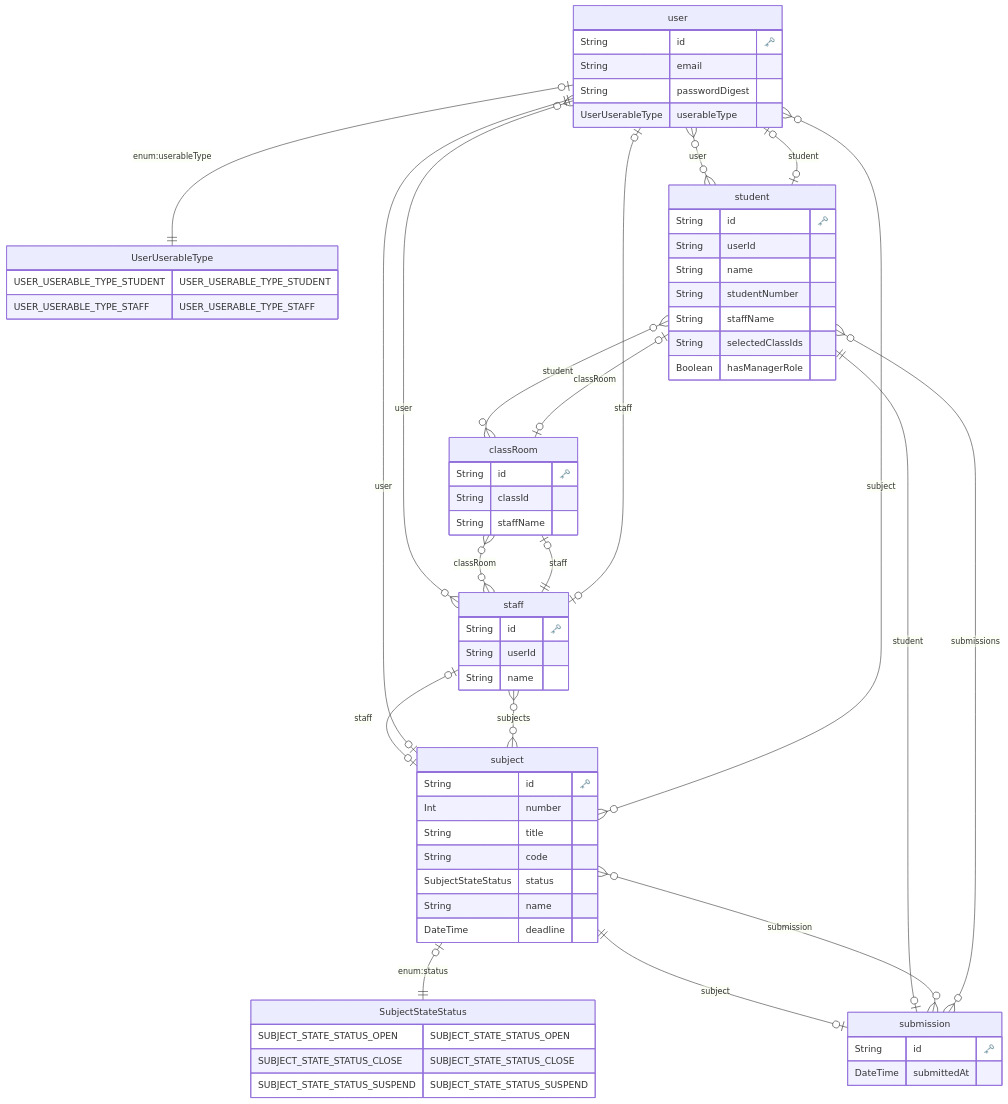
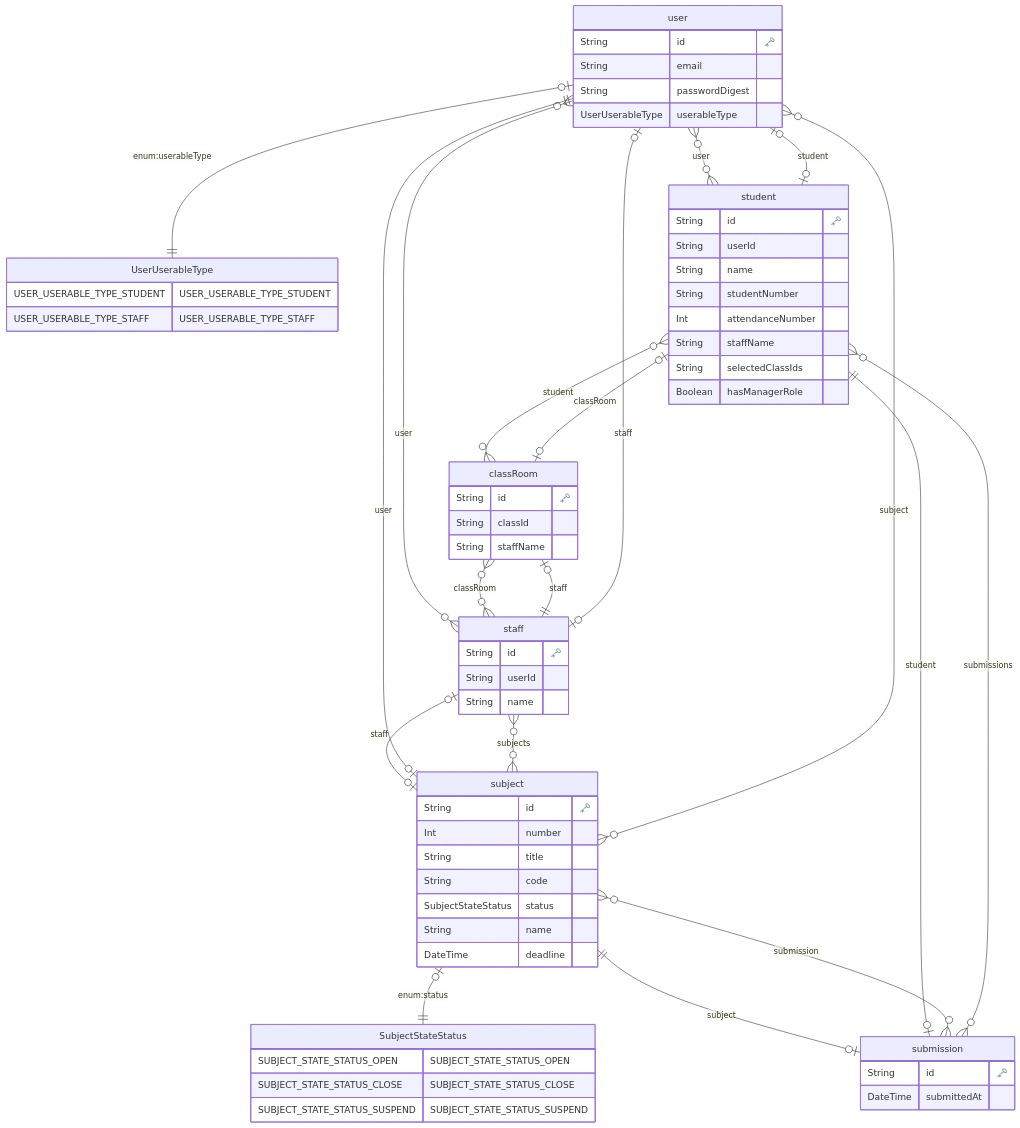
One commit to na2na-p/-AssignmentManagement changed the diagram in packages/backend/prisma/erd.md. Above: the diagram before and after it, drawn with Mermaid. The commit also changed 11 other files, not shown here.

```diff
--- a/packages/backend/prisma/erd.md
+++ b/packages/backend/prisma/erd.md
@@ -27,6 +27,7 @@
     String userId 
     String name 
     String studentNumber 
+    Int attendanceNumber 
     String staffName 
     String selectedClassIds 
     Boolean hasManagerRole 
```
